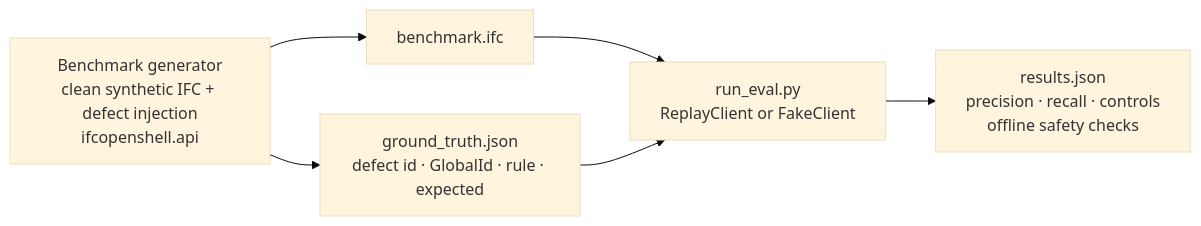
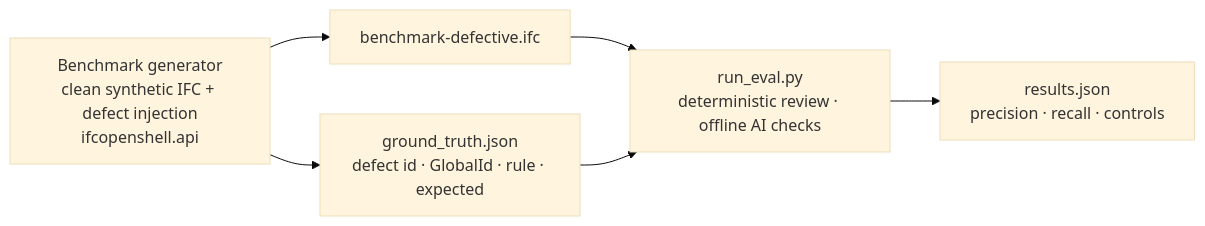
Before and after one commit to natnew/BIM-Intelligence: the ninth of 10 diagrams in docs/ARCHITECTURE.md, drawn with Mermaid (base theme). The commit also changed other lines of this file and 12 other files, not shown here.

````diff
--- a/docs/ARCHITECTURE.md
+++ b/docs/ARCHITECTURE.md
@@ -659,8 +779,8 @@
 ```mermaid
 flowchart LR
     GEN["Benchmark generator<br/>clean synthetic IFC + defect injection<br/>ifcopenshell.api"] --> GT["ground_truth.json<br/>defect id · GlobalId · rule · expected"]
-    GEN --> IFC["benchmark.ifc"]
-    IFC --> RUN["run_eval.py<br/>ReplayClient or FakeClient"]
+    GEN --> IFC["benchmark-defective.ifc"]
+    IFC --> RUN["run_eval.py<br/>deterministic review · offline AI checks"]
     GT --> RUN
-    RUN --> M["results.json<br/>precision · recall · controls<br/>offline safety checks"]
+    RUN --> M["results.json<br/>precision · recall · controls"]
 ```
````
